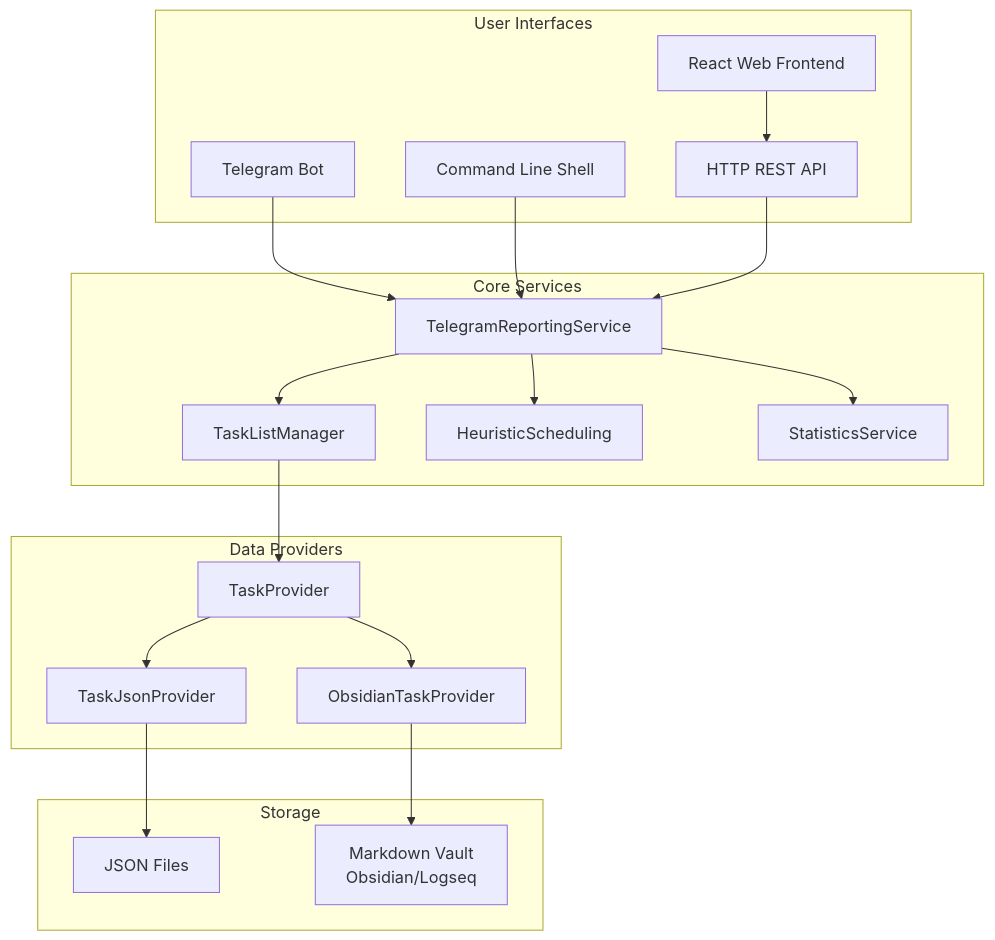
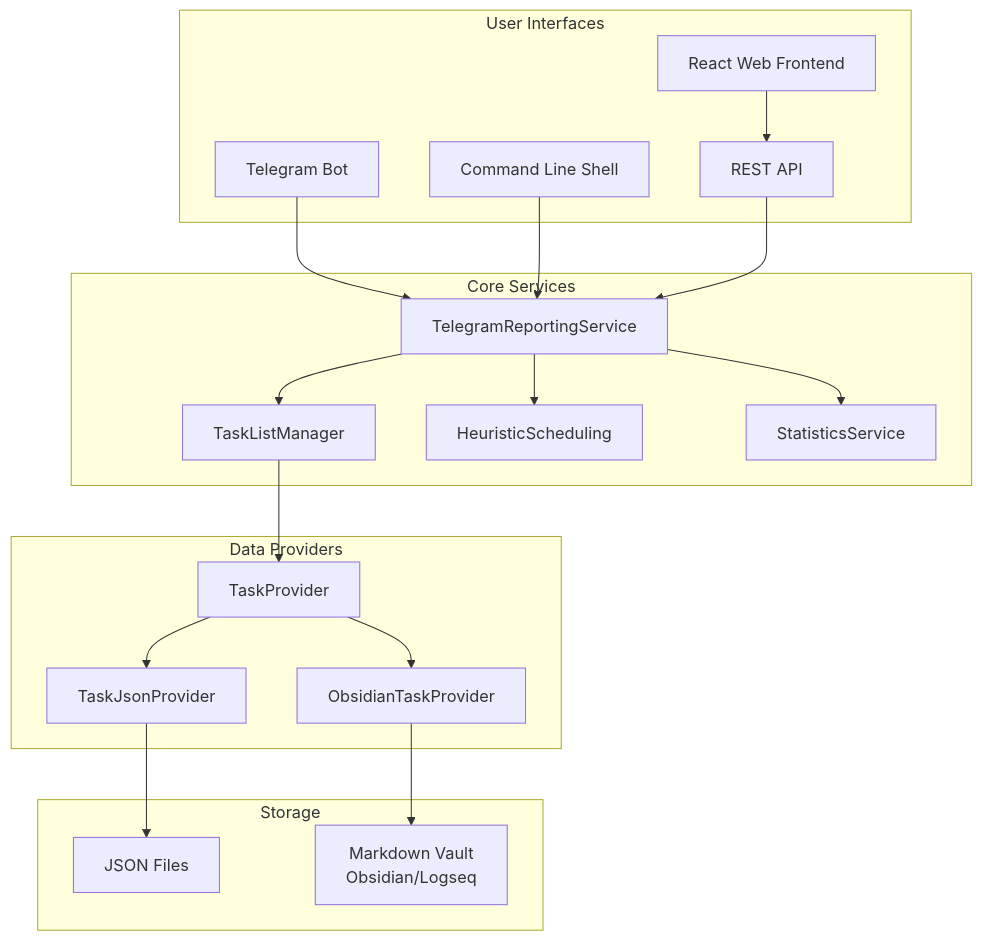
Before and after one commit to ElrikPiro/advanced-task-manager: the diagram in ARCHITECTURE.md, drawn with Mermaid. The commit also changed other lines of this file and 1 other file, not shown here.

````diff
--- a/ARCHITECTURE.md
+++ b/ARCHITECTURE.md
@@ -9,40 +9,40 @@
 ```mermaid
 graph TB
     subgraph "User Interfaces"
         A[Telegram Bot]
         B[Command Line Shell]
-        C[HTTP REST API]
+        C[REST API]
         M[React Web Frontend]
     end
 
     subgraph "Core Services"
         D[TelegramReportingService]
         E[TaskListManager]
         F[HeuristicScheduling]
         G[StatisticsService]
     end
 
     subgraph "Data Providers"
         H[TaskProvider]
         I[TaskJsonProvider]
         J[ObsidianTaskProvider]
     end
 
     subgraph "Storage"
         K[JSON Files]
         L[Markdown Vault<br/>Obsidian/Logseq]
     end
 
     A --> D
     B --> D
     C --> D
     M --> C
     D --> E
     D --> F
     D --> G
     E --> H
     H --> I
     H --> J
     I --> K
     J --> L
 ```
````
